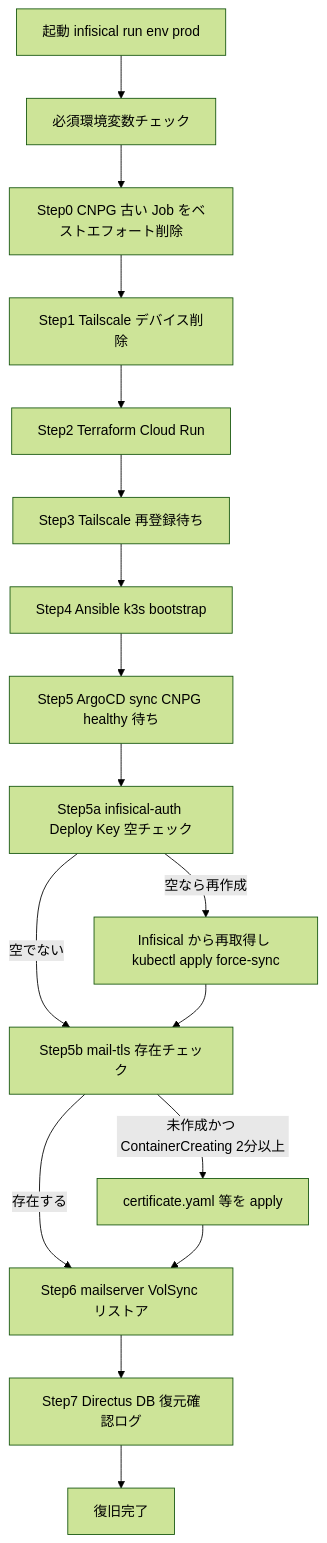
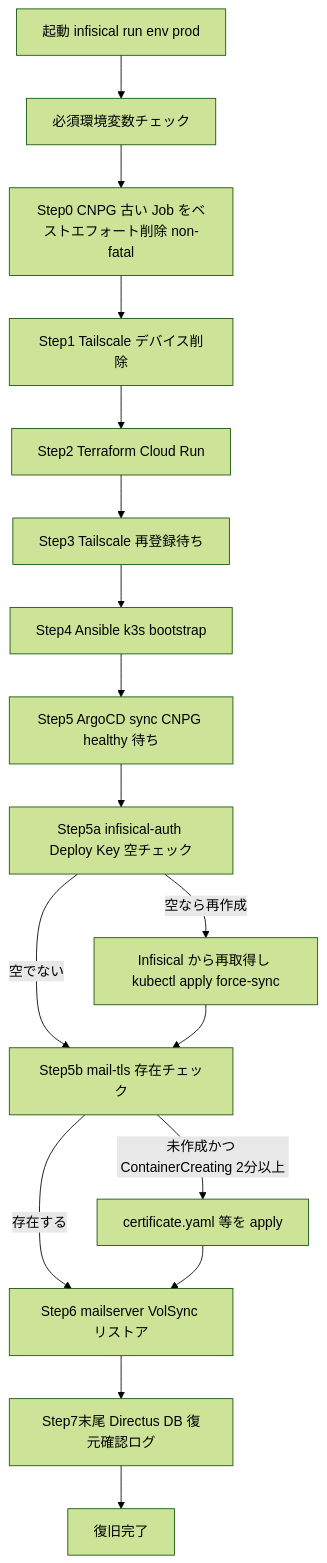
One commit to aramakisai/aramakisai-infra changed the fourth of 4 diagrams in .kiro/specs/dr-automation/design.md. Above: the diagram before and after it, drawn with Mermaid (forest theme). The commit also changed other lines of this file and 3 other files, not shown here.

````diff
--- a/.kiro/specs/dr-automation/design.md
+++ b/.kiro/specs/dr-automation/design.md
@@ -205,19 +219,19 @@
 ```mermaid
 flowchart TD
     Start[起動 infisical run env prod] --> EnvCheck[必須環境変数チェック]
-    EnvCheck --> CnpgPreclean[Step0 CNPG 古い Job をベストエフォート削除]
+    EnvCheck --> CnpgPreclean[Step0 CNPG 古い Job をベストエフォート削除 non-fatal]
     CnpgPreclean --> TsDelete[Step1 Tailscale デバイス削除]
     TsDelete --> TfApply[Step2 Terraform Cloud Run]
     TfApply --> TsPoll[Step3 Tailscale 再登録待ち]
     TsPoll --> Ansible[Step4 Ansible k3s bootstrap]
     Ansible --> ArgoWait[Step5 ArgoCD sync CNPG healthy 待ち]
     ArgoWait --> SecretCheck[Step5a infisical-auth Deploy Key 空チェック]
     SecretCheck -->|空なら再作成| SecretFix[Infisical から再取得し kubectl apply force-sync]
     SecretCheck -->|空でない| TlsCheck
     SecretFix --> TlsCheck[Step5b mail-tls 存在チェック]
     TlsCheck -->|未作成かつ ContainerCreating 2分以上| TlsApply[certificate.yaml 等を apply]
     TlsCheck -->|存在する| MailRestore
     TlsApply --> MailRestore[Step6 mailserver VolSync リストア]
-    MailRestore --> DirectusCheck[Step7 Directus DB 復元確認ログ]
+    MailRestore --> DirectusCheck[Step7末尾 Directus DB 復元確認ログ]
     DirectusCheck --> Done[復旧完了]
 ```
````
